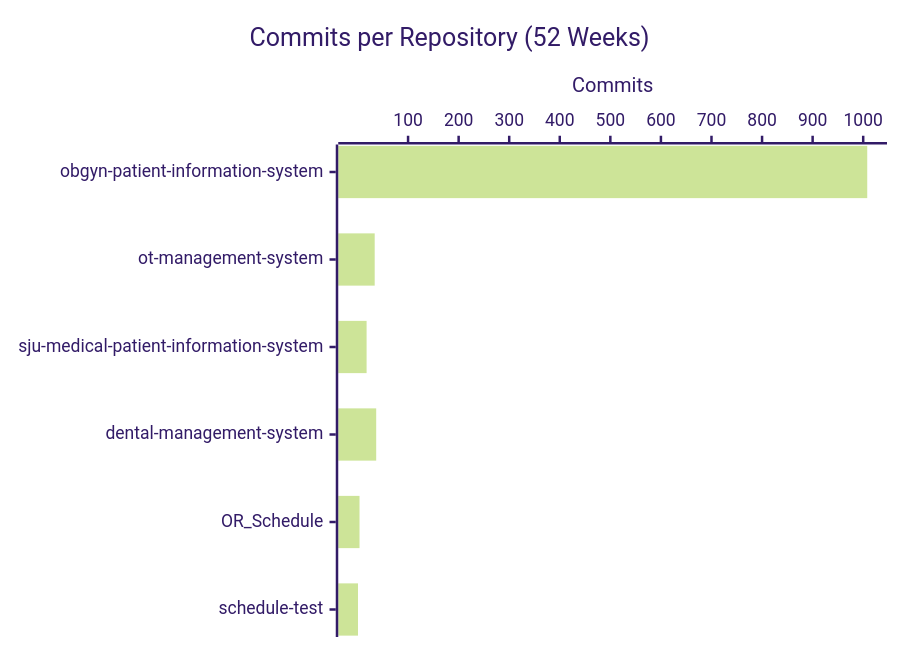
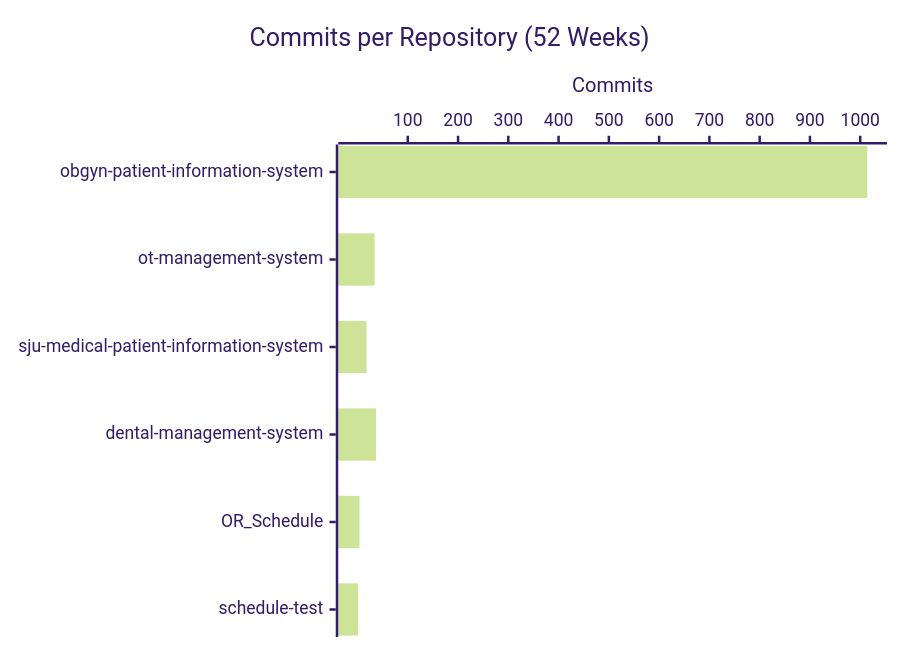
One commit to CSTH-Projects/.github changed the second of 4 diagrams in profile/README.md. Above: the diagram before and after it, drawn with Mermaid (forest theme). The commit also changed other lines of this file, not shown here.

````diff
--- a/profile/README.md
+++ b/profile/README.md
@@ -24,7 +24,7 @@
 ```mermaid
 xychart-beta horizontal
     title "Commits per Repository (52 Weeks)"
     x-axis ["obgyn-patient-information-system", "ot-management-system", "sju-medical-patient-information-system", "dental-management-system", "OR_Schedule", "schedule-test"]
     y-axis "Commits"
-    bar [1008, 34, 18, 37, 4, 1]
+    bar [1014, 34, 18, 37, 4, 1]
 ```
````
